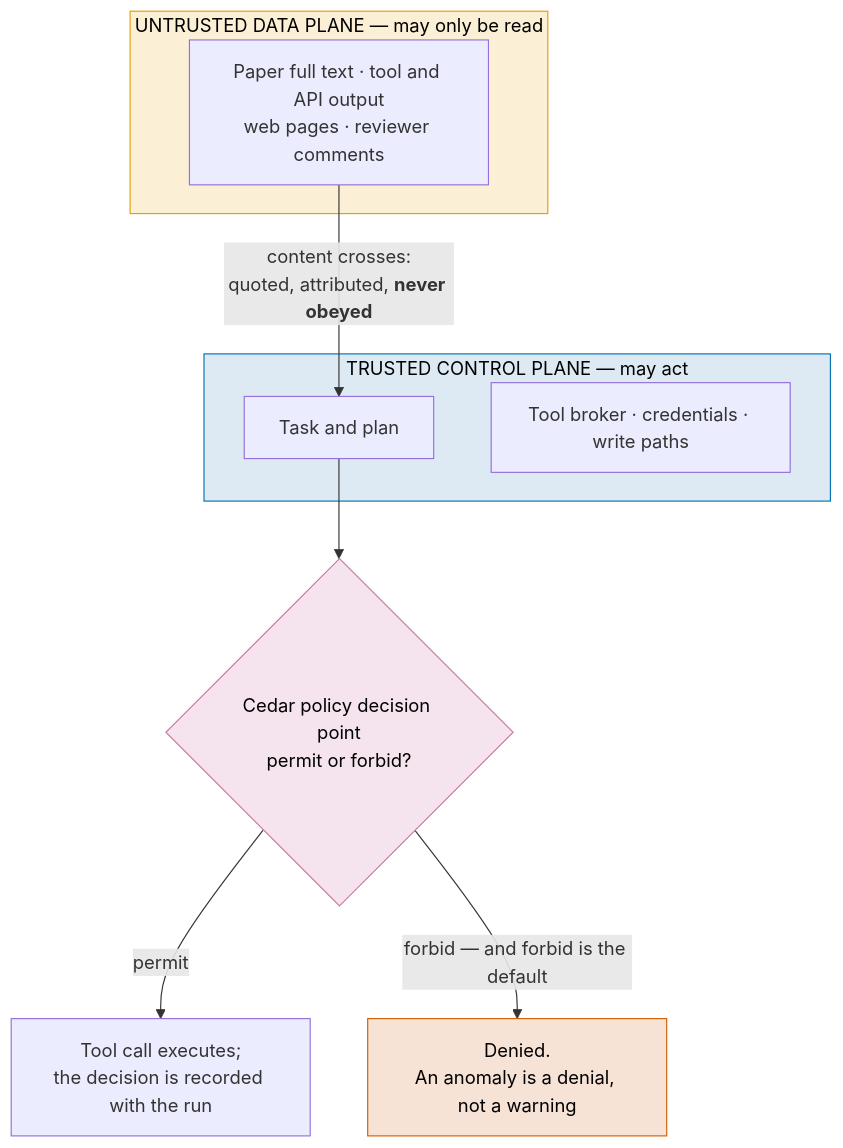
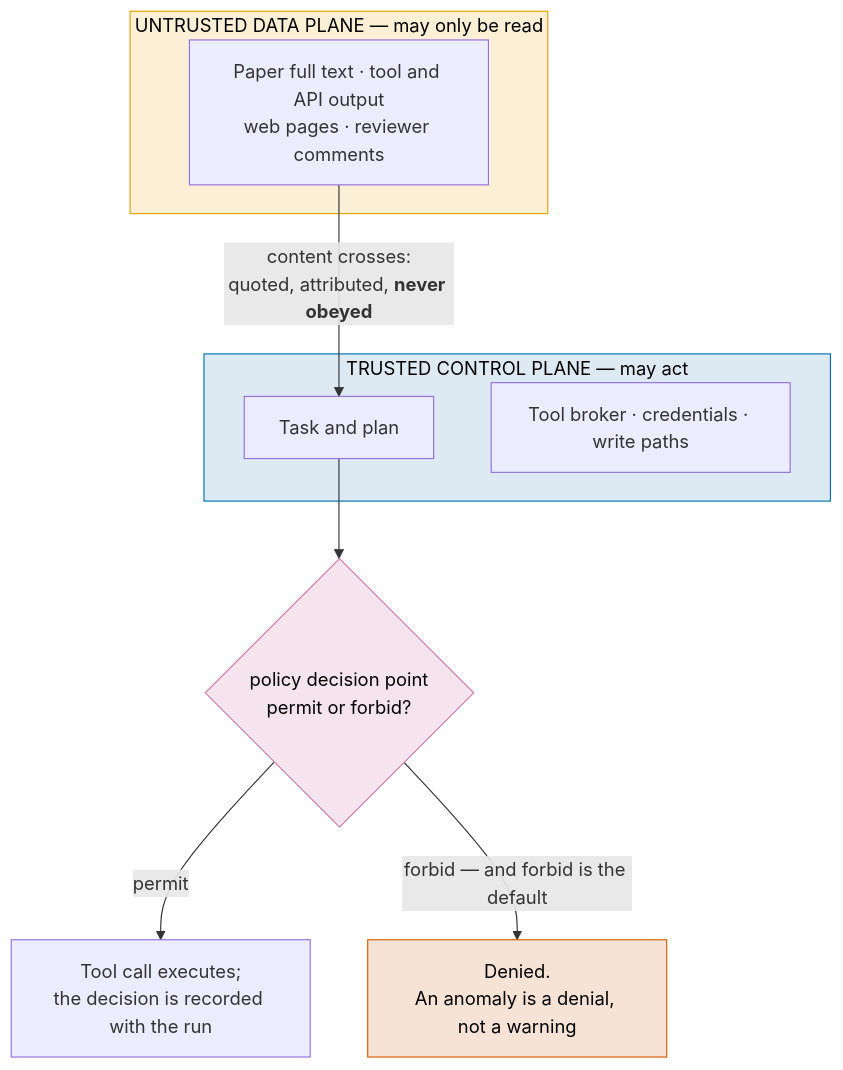
One commit to furkanhanilci/AETHRION changed the ninth of 23 diagrams in docs/architecture/AETHRION_ARCHITECTURE.md. Above: the diagram before and after it, drawn with Mermaid. The commit also changed other lines of this file and 824 other files, not shown here.

````diff
--- a/docs/architecture/AETHRION_ARCHITECTURE.md
+++ b/docs/architecture/AETHRION_ARCHITECTURE.md
@@ -249,18 +324,18 @@
 ```mermaid
 flowchart TD
     subgraph TRUST["TRUSTED CONTROL PLANE — may act"]
         T1["Task and plan"]
         T2["Tool broker · credentials · write paths"]
     end
     subgraph DATA["UNTRUSTED DATA PLANE — may only be read"]
         U1["Paper full text · tool and API output<br/>web pages · reviewer comments"]
     end
     U1 -->|"content crosses:<br/>quoted, attributed, <b>never obeyed</b>"| T1
-    T1 --> PDP{"Cedar policy decision point<br/>permit or forbid?"}
+    T1 --> PDP{"policy decision point<br/>permit or forbid?"}
     PDP -->|"permit"| ACT["Tool call executes;<br/>the decision is recorded with the run"]
     PDP -->|"forbid — and forbid is the default"| DENY["Denied.<br/>An anomaly is a denial, not a warning"]
     style TRUST fill:#DDEAF4,stroke:#0072B2,color:#000
     style DATA fill:#FBEFD6,stroke:#E69F00,color:#000
     style PDP fill:#F5E4EE,stroke:#CC79A7,color:#000
     style DENY fill:#F7E2D6,stroke:#D55E00,color:#000
 ```
````
